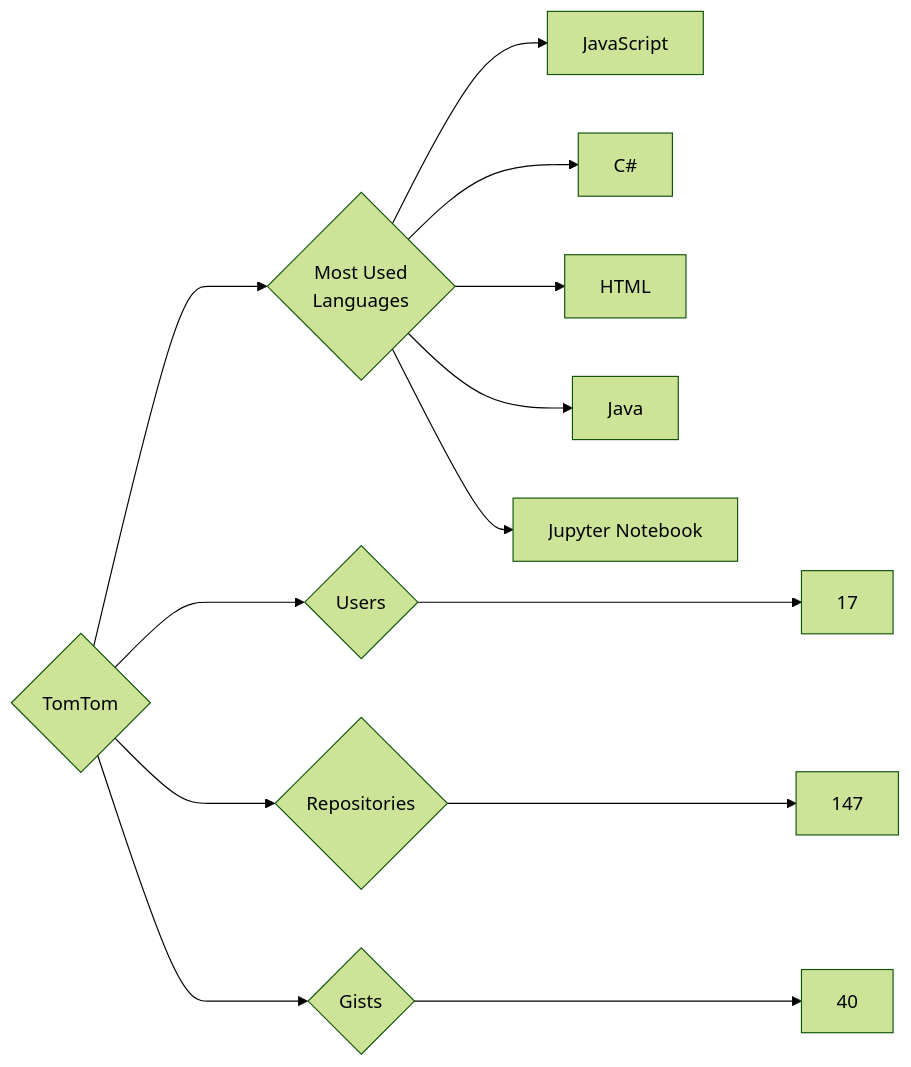
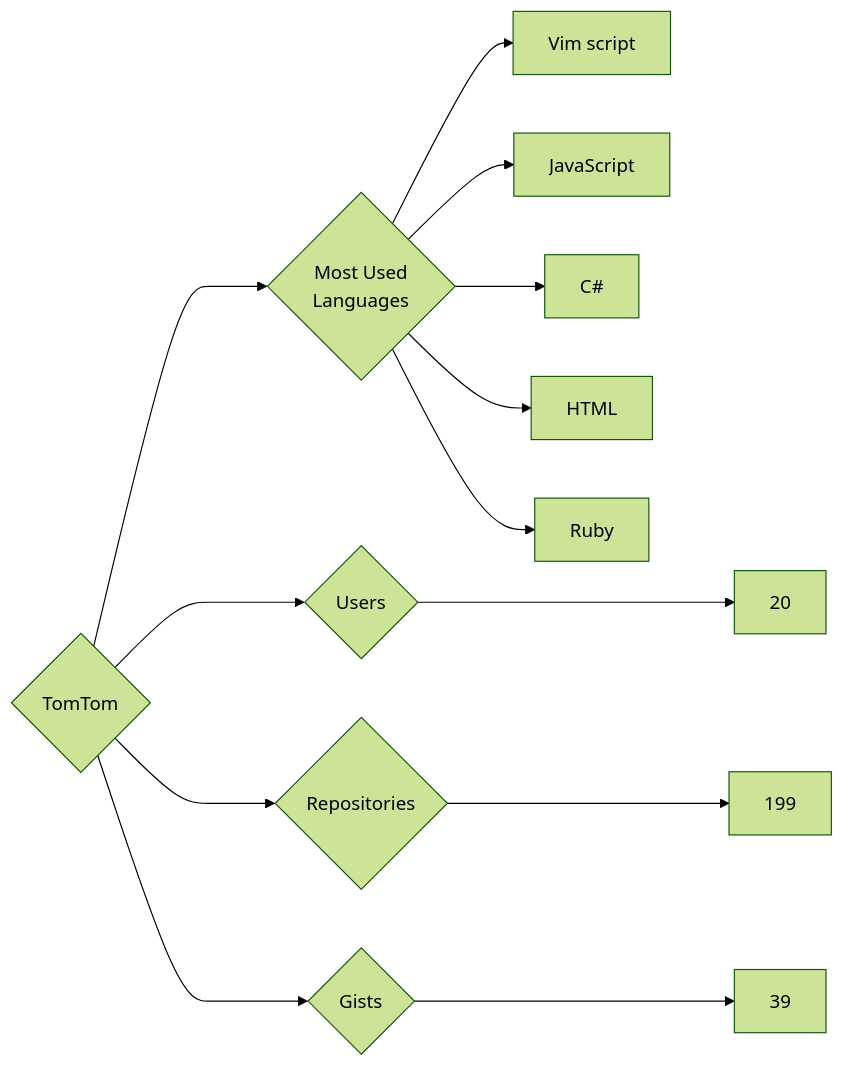
One commit to trickest/insiders changed the diagram in targets/TomTom/README.md. Above: the diagram before and after it, drawn with Mermaid (forest theme). The commit also changed 814 other files, not shown here.

````diff
--- a/targets/TomTom/README.md
+++ b/targets/TomTom/README.md
@@ -3,13 +3,13 @@
 ```mermaid
 graph LR
 COMPANY_NAME{TomTom}
-COMPANY_NAME ---> U{Users} ---> UN[17]
-COMPANY_NAME ---> R{Repositories} ---> RN[147]
-COMPANY_NAME ---> G{Gists} ---> GN[40]
+COMPANY_NAME ---> U{Users} ---> UN[20]
+COMPANY_NAME ---> R{Repositories} ---> RN[199]
+COMPANY_NAME ---> G{Gists} ---> GN[39]
 COMPANY_NAME ---> ML{Most Used<br>Languages}
+ML --> Vim_script[Vim script]
 ML --> JavaScript[JavaScript]
 ML --> C#[C#]
 ML --> HTML[HTML]
-ML --> Java[Java]
-ML --> Jupyter_Notebook[Jupyter Notebook]
+ML --> Ruby[Ruby]
 ```
````
